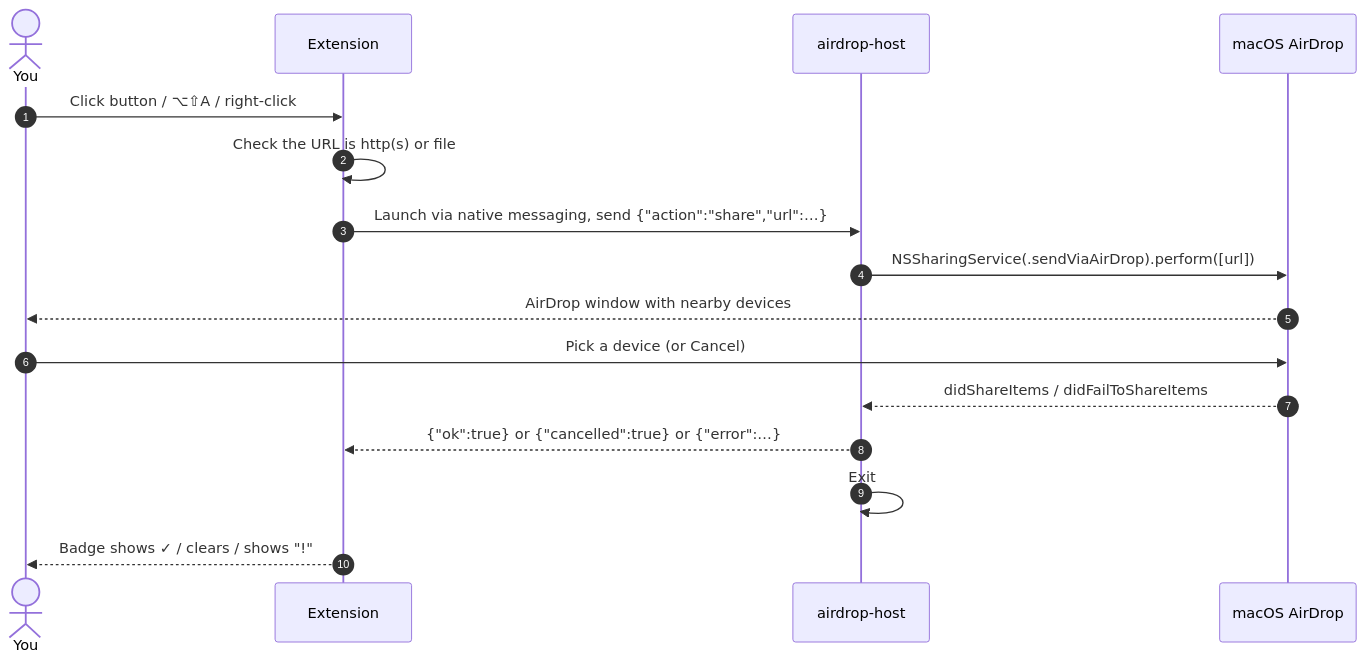
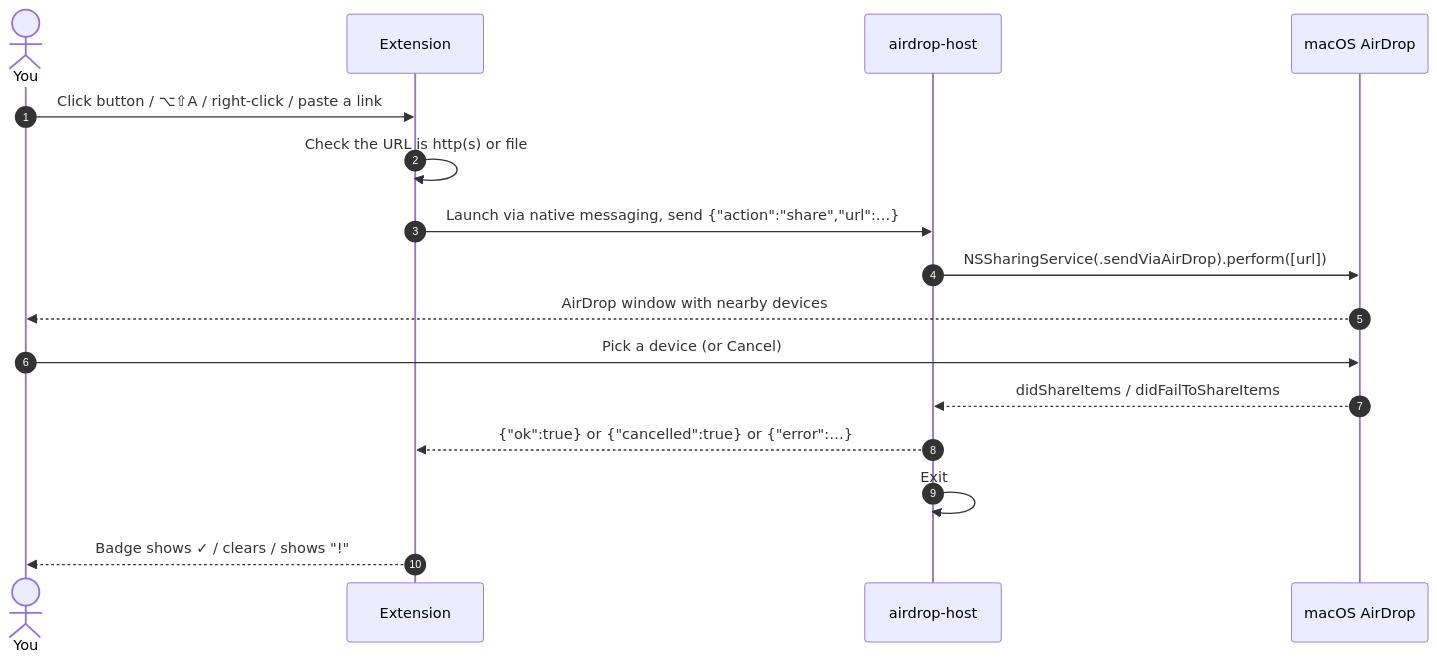
One commit to TingGeorge/airdrop-in-chrome changed the second of 2 diagrams in README.md. Above: the diagram before and after it, drawn with Mermaid. The commit also changed other lines of this file and 29 other files, not shown here.

First line of the commit message:
Send a Link (paste any URL) + redesigned icon — v1.1.0 (#2)

````diff
--- a/README.md
+++ b/README.md
@@ -97,18 +121,18 @@
 ```mermaid
 sequenceDiagram
     autonumber
     actor You
     participant Ext as Extension
     participant Host as airdrop-host
     participant Mac as macOS AirDrop
-    You->>Ext: Click button / ⌥⇧A / right-click
+    You->>Ext: Click button / ⌥⇧A / right-click / paste a link
     Ext->>Ext: Check the URL is http(s) or file
     Ext->>Host: Launch via native messaging, send {"action":"share","url":…}
     Host->>Mac: NSSharingService(.sendViaAirDrop).perform([url])
     Mac-->>You: AirDrop window with nearby devices
     You->>Mac: Pick a device (or Cancel)
     Mac-->>Host: didShareItems / didFailToShareItems
     Host-->>Ext: {"ok":true} or {"cancelled":true} or {"error":…}
     Host->>Host: Exit
     Ext-->>You: Badge shows ✓ / clears / shows "!"
 ```
````
